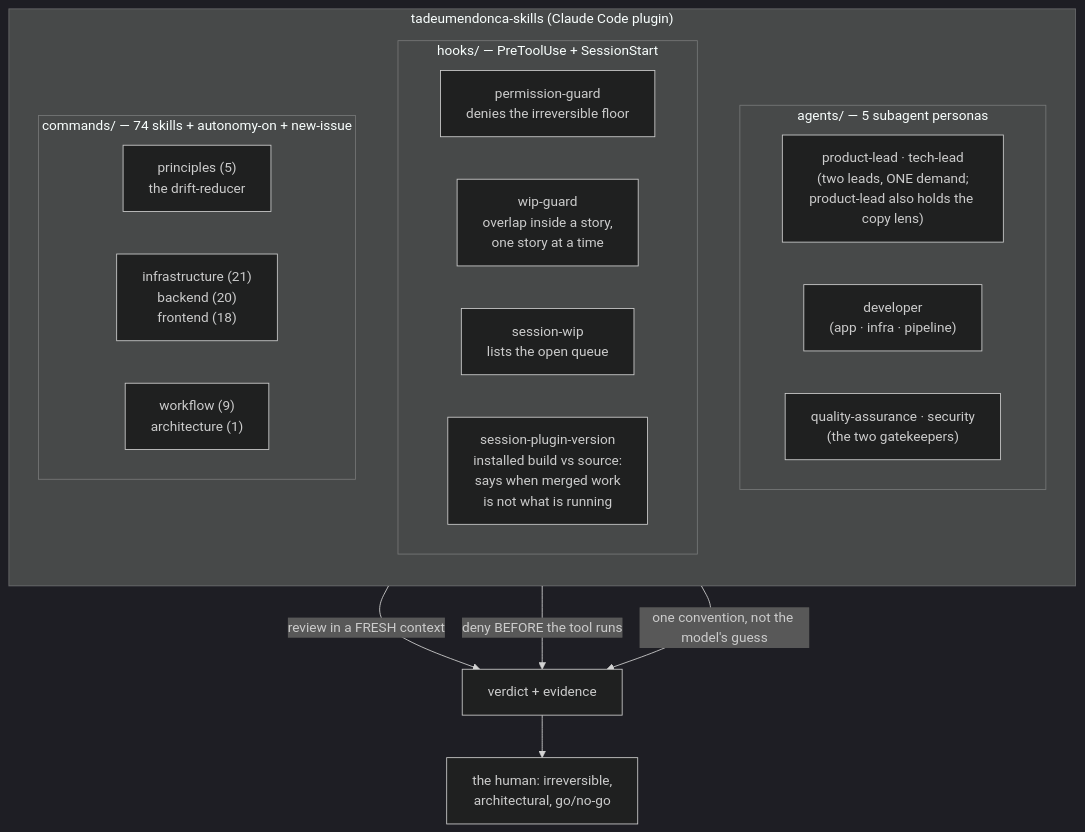
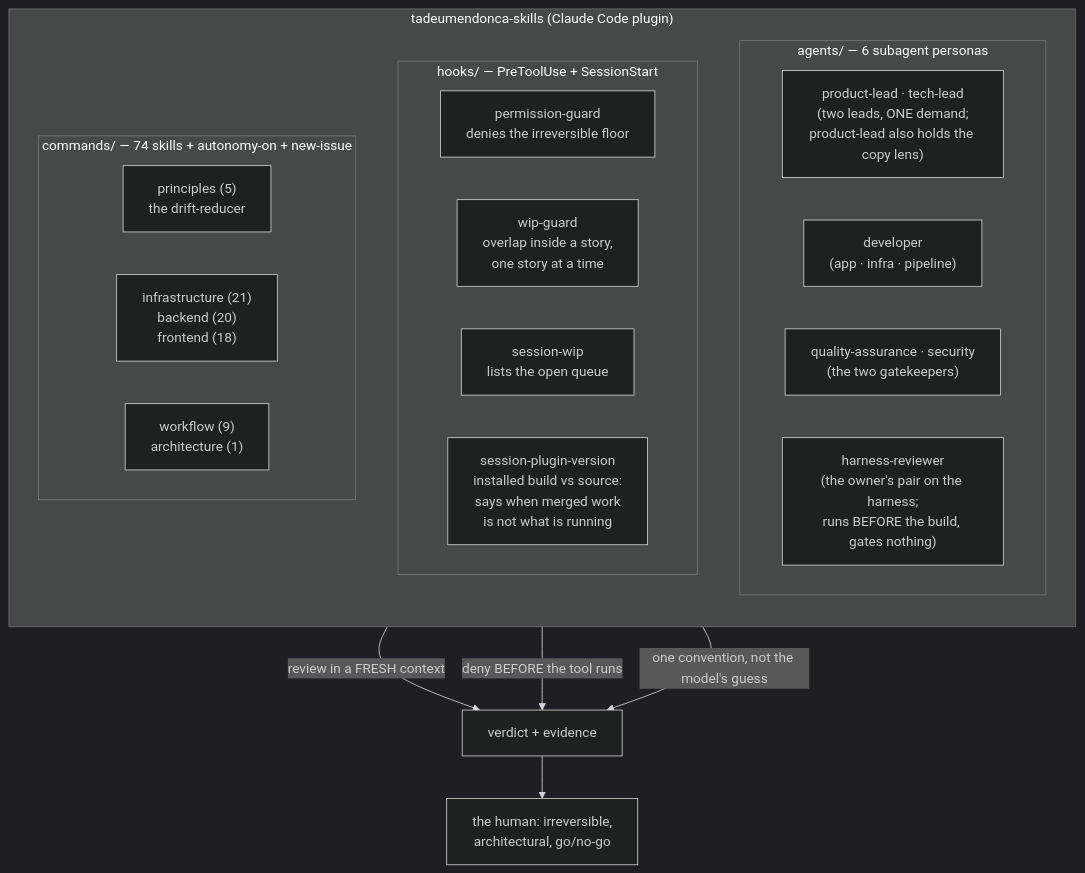
The diagram in README.md (tedeuxx/tadeumendonca-skills), drawn with Mermaid (dark theme) before and after one commit. The commit also changed 2 other files, not shown here.

First paragraph of the commit message:
feat: the harness had no owner, and every wrong assumption about it cost rounds
A sixth persona, and the only one whose peer is the owner rather than another
agent. They act as harness engineer as well as CEO; this is their pair in that work.

````diff
--- a/README.md
+++ b/README.md
@@ -52,33 +52,34 @@
 ```mermaid
 flowchart TB
   subgraph plugin["tadeumendonca-skills (Claude Code plugin)"]
     direction TB
 
-    subgraph personas["agents/ — 5 subagent personas"]
+    subgraph personas["agents/ — 6 subagent personas"]
       direction LR
       P1["product-lead · tech-lead<br/>(two leads, ONE demand;<br/>product-lead also holds the copy lens)"]
       P2["developer<br/>(app · infra · pipeline)"]
       P3["quality-assurance · security<br/>(the two gatekeepers)"]
+      P4["harness-reviewer<br/>(the owner's pair on the harness;<br/>runs BEFORE the build, gates nothing)"]
     end
 
     subgraph hooks["hooks/ — PreToolUse + SessionStart"]
       direction LR
       H1["permission-guard<br/>denies the irreversible floor"]
       H2["wip-guard<br/>overlap inside a story,<br/>one story at a time"]
       H3["session-wip<br/>lists the open queue"]
       H4["session-plugin-version<br/>installed build vs source:<br/>says when merged work<br/>is not what is running"]
     end
 
     subgraph skills["commands/ — 74 skills + autonomy-on + new-issue"]
       direction LR
       S1["principles (5)<br/>the drift-reducer"]
       S2["infrastructure (21)<br/>backend (20)<br/>frontend (18)"]
       S3["workflow (9)<br/>architecture (1)"]
     end
   end
 
   personas -->|"review in a FRESH context"| verdict["verdict + evidence"]
   hooks -->|"deny BEFORE the tool runs"| verdict
   skills -->|"one convention, not the model's guess"| verdict
   verdict --> human["the human: irreversible,<br/>architectural, go/no-go"]
 ```
````
